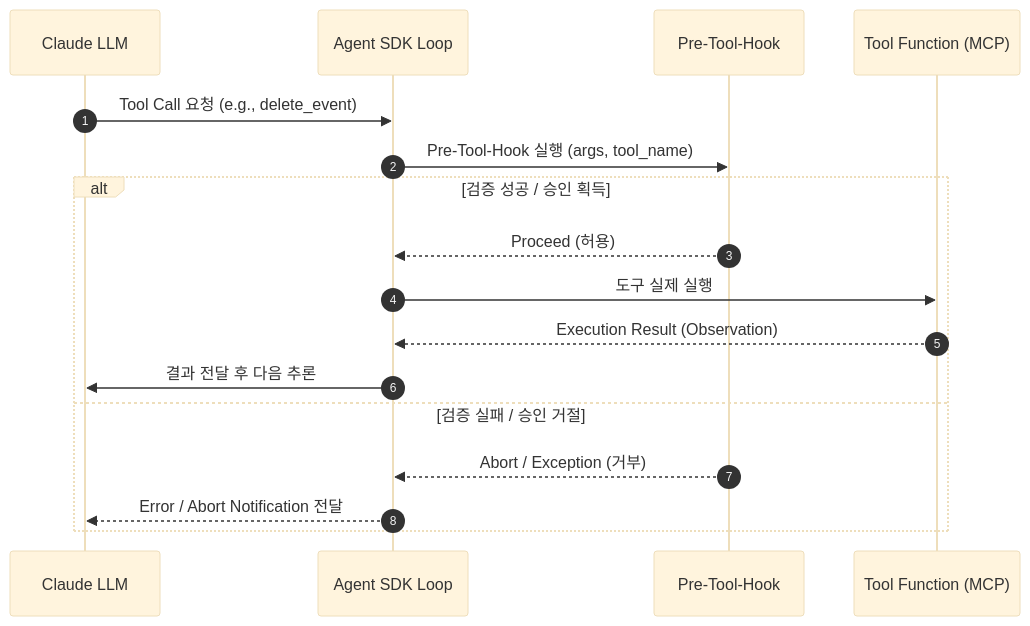
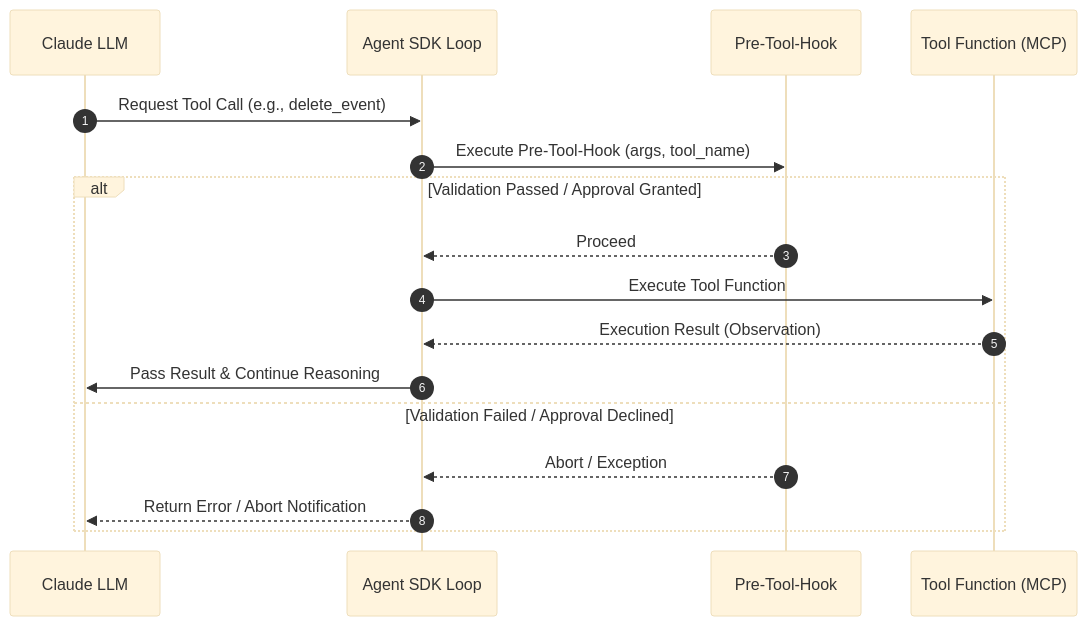
Before and after one commit to neep305/my-personal-calendar-agent: the second of 2 diagrams in CLAUDE_AGENT_SDK_DETAILS.md, drawn with Mermaid (base theme). The commit also changed other lines of this file and 4 other files, not shown here.

````diff
--- a/CLAUDE_AGENT_SDK_DETAILS.md
+++ b/CLAUDE_AGENT_SDK_DETAILS.md
@@ -278,20 +194,20 @@
 ```mermaid
 sequenceDiagram
     autonumber
     participant LLM as Claude LLM
     participant SDK as Agent SDK Loop
     participant Hook as Pre-Tool-Hook
     participant Tool as Tool Function (MCP)
     
-    LLM->>SDK: Tool Call 요청 (e.g., delete_event)
-    SDK->>Hook: Pre-Tool-Hook 실행 (args, tool_name)
-    alt 검증 성공 / 승인 획득
-        Hook-->>SDK: Proceed (허용)
-        SDK->>Tool: 도구 실제 실행
+    LLM->>SDK: Request Tool Call (e.g., delete_event)
+    SDK->>Hook: Execute Pre-Tool-Hook (args, tool_name)
+    alt Validation Passed / Approval Granted
+        Hook-->>SDK: Proceed
+        SDK->>Tool: Execute Tool Function
         Tool-->>SDK: Execution Result (Observation)
-        SDK->>LLM: 결과 전달 후 다음 추론
-    else 검증 실패 / 승인 거절
-        Hook-->>SDK: Abort / Exception (거부)
-        SDK-->>LLM: Error / Abort Notification 전달
+        SDK->>LLM: Pass Result & Continue Reasoning
+    else Validation Failed / Approval Declined
+        Hook-->>SDK: Abort / Exception
+        SDK-->>LLM: Return Error / Abort Notification
     end
 ```
````
